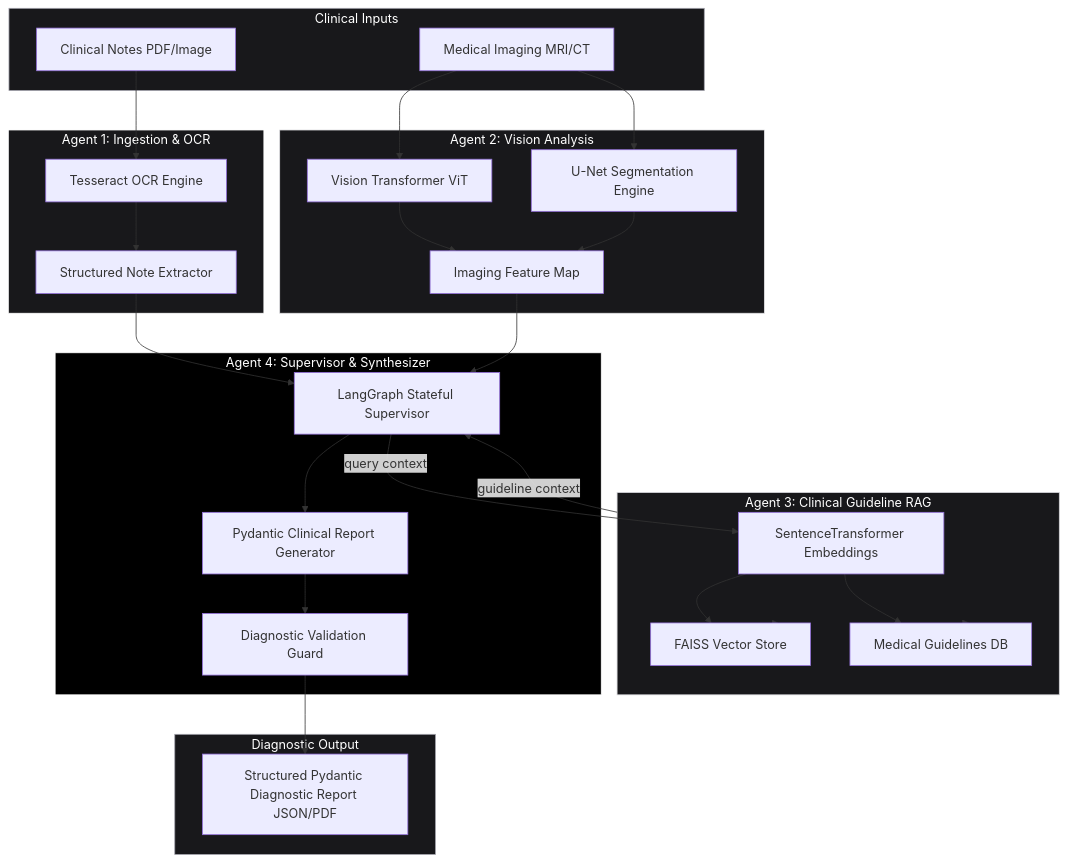
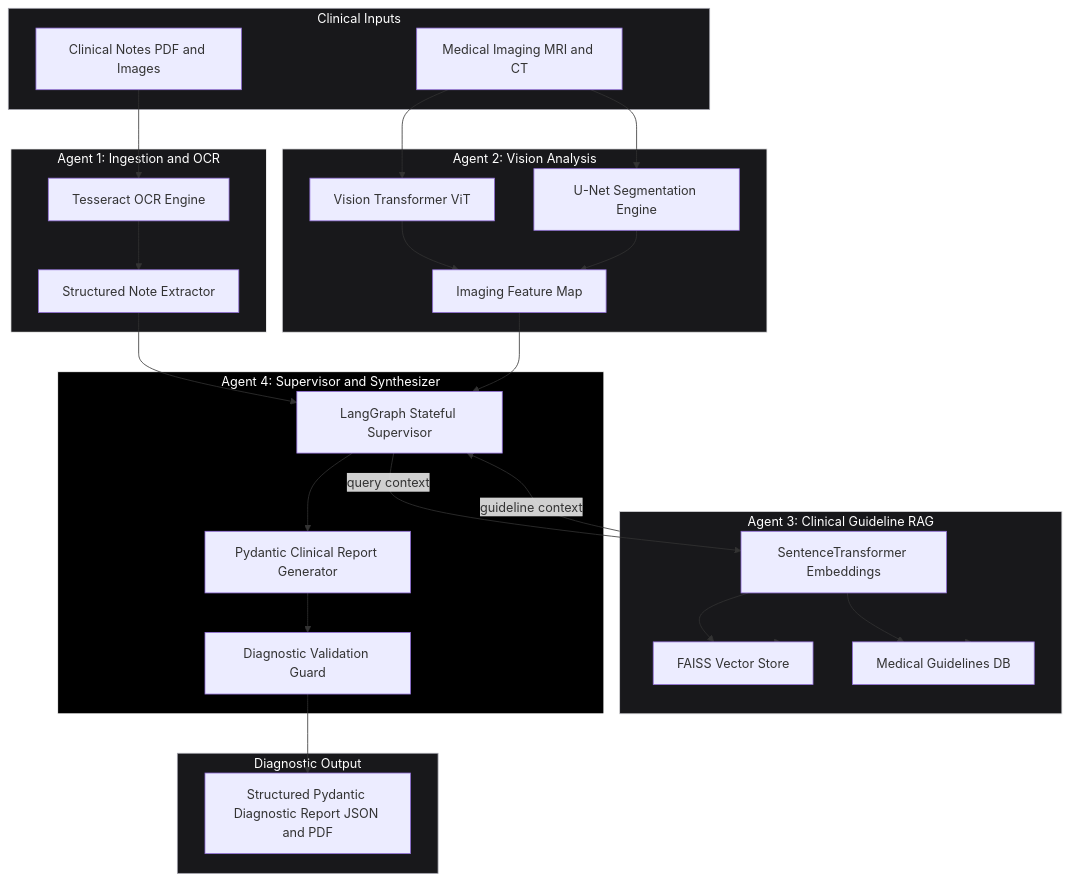
Before and after one commit to siddarth1872004/SynapseMed: the first of 2 diagrams in README.md, drawn with Mermaid. The commit also changed other lines of this file, not shown here.

Commit message:
fix: quote Mermaid node labels to fix GitHub diagram rendering

````diff
--- a/README.md
+++ b/README.md
@@ -9,48 +9,59 @@
 ```mermaid
 graph TB
     subgraph INPUTS["Clinical Inputs"]
-        NOTE[Clinical Notes PDF/Image]
-        MRI[Medical Imaging MRI/CT]
+        NOTE["Clinical Notes PDF and Images"]
+        MRI["Medical Imaging MRI and CT"]
     end
 
-    subgraph INGESTION["Agent 1: Ingestion & OCR"]
-        TESS[Tesseract OCR Engine]
-        TEXT[Structured Note Extractor]
+    subgraph INGESTION["Agent 1: Ingestion and OCR"]
+        TESS["Tesseract OCR Engine"]
+        TEXT["Structured Note Extractor"]
     end
 
     subgraph VISION["Agent 2: Vision Analysis"]
-        VIT[Vision Transformer ViT]
-        UNET[U-Net Segmentation Engine]
-        FEAT[Imaging Feature Map]
+        VIT["Vision Transformer ViT"]
+        UNET["U-Net Segmentation Engine"]
+        FEAT["Imaging Feature Map"]
     end
 
     subgraph RAG["Agent 3: Clinical Guideline RAG"]
-        FAISS[FAISS Vector Store]
-        MED[Medical Guidelines DB]
-        EMB[SentenceTransformer Embeddings]
+        FAISS["FAISS Vector Store"]
+        MED["Medical Guidelines DB"]
+        EMB["SentenceTransformer Embeddings"]
     end
 
-    subgraph SUPERVISOR["Agent 4: Supervisor & Synthesizer"]
-        GRAPH[LangGraph Stateful Supervisor]
-        PYD[Pydantic Clinical Report Generator]
-        VAL[Diagnostic Validation Guard]
+    subgraph SUPERVISOR["Agent 4: Supervisor and Synthesizer"]
+        GRAPH["LangGraph Stateful Supervisor"]
+        PYD["Pydantic Clinical Report Generator"]
+        VAL["Diagnostic Validation Guard"]
     end
 
     subgraph OUTPUT["Diagnostic Output"]
-        REPORT[Structured Pydantic Diagnostic Report JSON/PDF]
+        REPORT["Structured Pydantic Diagnostic Report JSON and PDF"]
     end
 
-    NOTE --> TESS --> TEXT
-    MRI --> VIT & UNET --> FEAT
-    TEXT & FEAT --> GRAPH
-    GRAPH -->|query context| EMB --> FAISS & MED --> RAG
+    NOTE --> TESS
+    TESS --> TEXT
+    MRI --> VIT
+    MRI --> UNET
+    VIT --> FEAT
+    UNET --> FEAT
+    TEXT --> GRAPH
+    FEAT --> GRAPH
+    GRAPH -->|query context| EMB
+    EMB --> FAISS
+    EMB --> MED
+    FAISS --> RAG
+    MED --> RAG
     RAG -->|guideline context| GRAPH
-    GRAPH --> PYD --> VAL --> REPORT
+    GRAPH --> PYD
+    PYD --> VAL
+    VAL --> REPORT
 
     style INPUTS fill:#18181b,stroke:#a1a1aa,color:#fff
     style INGESTION fill:#18181b,stroke:#ffffff,color:#fff
     style VISION fill:#18181b,stroke:#e4e4e7,color:#fff
     style RAG fill:#18181b,stroke:#d4d4d8,color:#fff
     style SUPERVISOR fill:#000000,stroke:#ffffff,color:#fff
     style OUTPUT fill:#18181b,stroke:#a1a1aa,color:#fff
 ```
````
